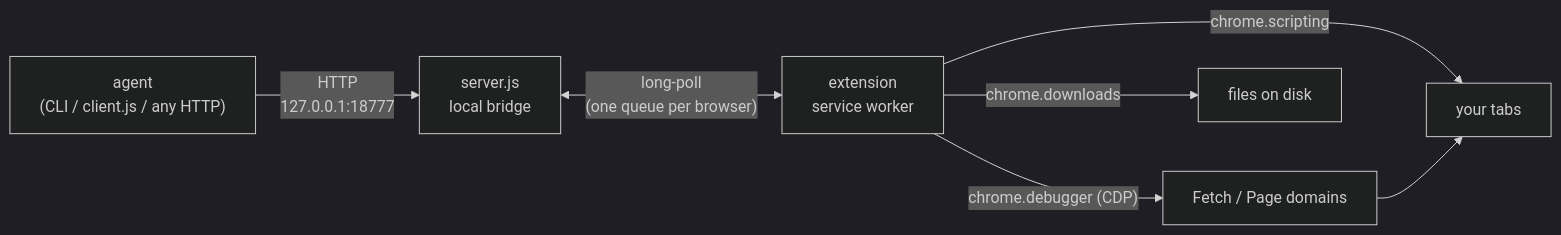
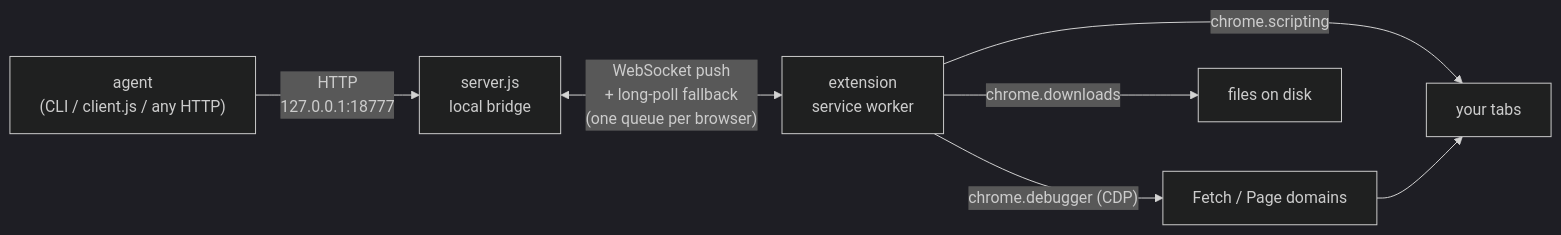
Before and after one commit to hhhwdt/agent-browser-bridge: the first of 3 diagrams in README.md, drawn with Mermaid (dark theme). The commit also changed other lines of this file and 9 other files, not shown here.

First line of the commit message:
Task delivery over WebSocket push, long poll kept as fallback

````diff
--- a/README.md
+++ b/README.md
@@ -71,9 +71,9 @@
 ```mermaid
 flowchart LR
     A["agent<br/>(CLI / client.js / any HTTP)"] -->|"HTTP<br/>127.0.0.1:18777"| S["server.js<br/>local bridge"]
-    S <-->|"long-poll<br/>(one queue per browser)"| X["extension<br/>service worker"]
+    S <-->|"WebSocket push<br/>+ long-poll fallback<br/>(one queue per browser)"| X["extension<br/>service worker"]
     X -->|"chrome.scripting"| T["your tabs"]
     X -->|"chrome.debugger (CDP)"| C["Fetch / Page domains"]
     C --> T
     X -->|"chrome.downloads"| F["files on disk"]
 ```
````
